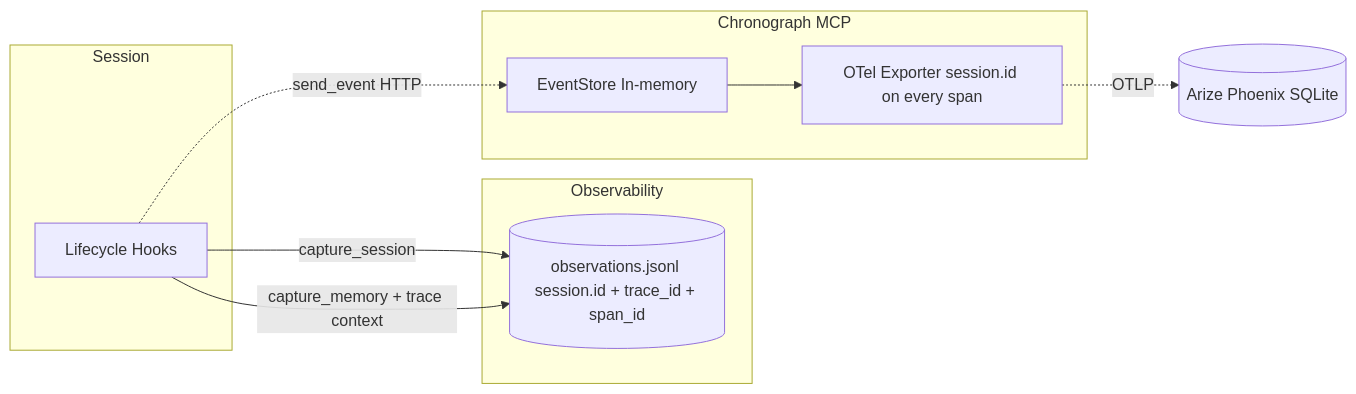
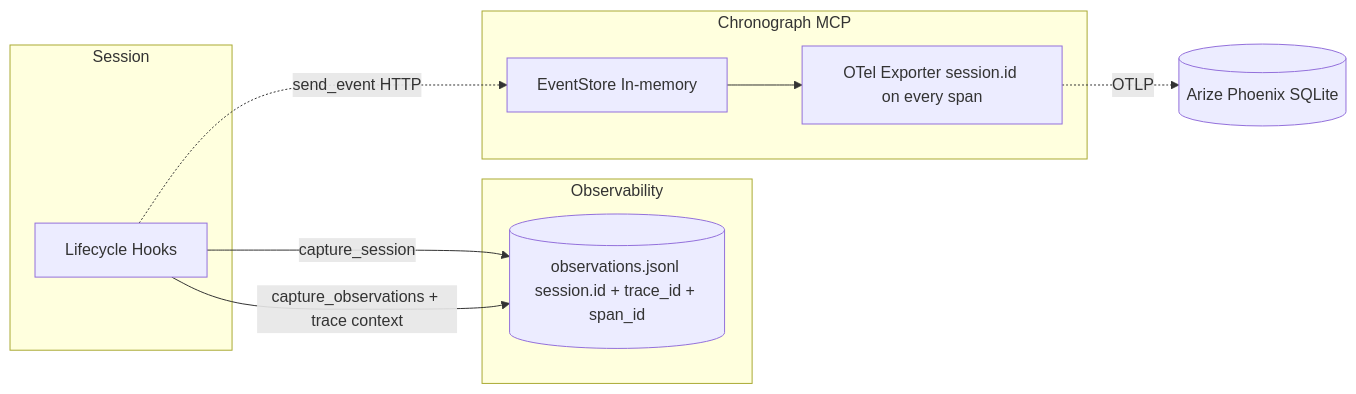
Before and after one commit to francisco-perez-sorrosal/praxion: the diagram in .ai-state/diagrams/observability-flow/src/observability-flow.mmd, drawn with Mermaid. The commit also changed 2 other files, not shown here.

Commit message:
fix(observability): tolerate undecodable transcript bytes; rename in the observability diagram
Light-review 2 fixes: the SubagentStop transcript parser opens with
errors="replace" so one bad byte degrades a line instead of dropping the
agent_stop row; the observability-flow diagram source and render now name
capture_observations.

```diff
--- a/.ai-state/diagrams/observability-flow/src/observability-flow.mmd
+++ b/.ai-state/diagrams/observability-flow/src/observability-flow.mmd
@@ -1,18 +1,18 @@
 graph LR
     subgraph Session
         Hook[Lifecycle Hooks]
     end
     subgraph Observability["Observability"]
         Obs[(observations.jsonl session.id + trace_id + span_id)]
     end
     subgraph Chronograph["Chronograph MCP"]
         ES[EventStore In-memory]
         OTel[OTel Exporter session.id on every span]
     end
     Phoenix[(Arize Phoenix SQLite)]
 
     Hook -->|capture_session| Obs
-    Hook -->|capture_memory + trace context| Obs
+    Hook -->|capture_observations + trace context| Obs
     Hook -.->|send_event HTTP| ES
     ES --> OTel
     OTel -.->|OTLP| Phoenix
```
